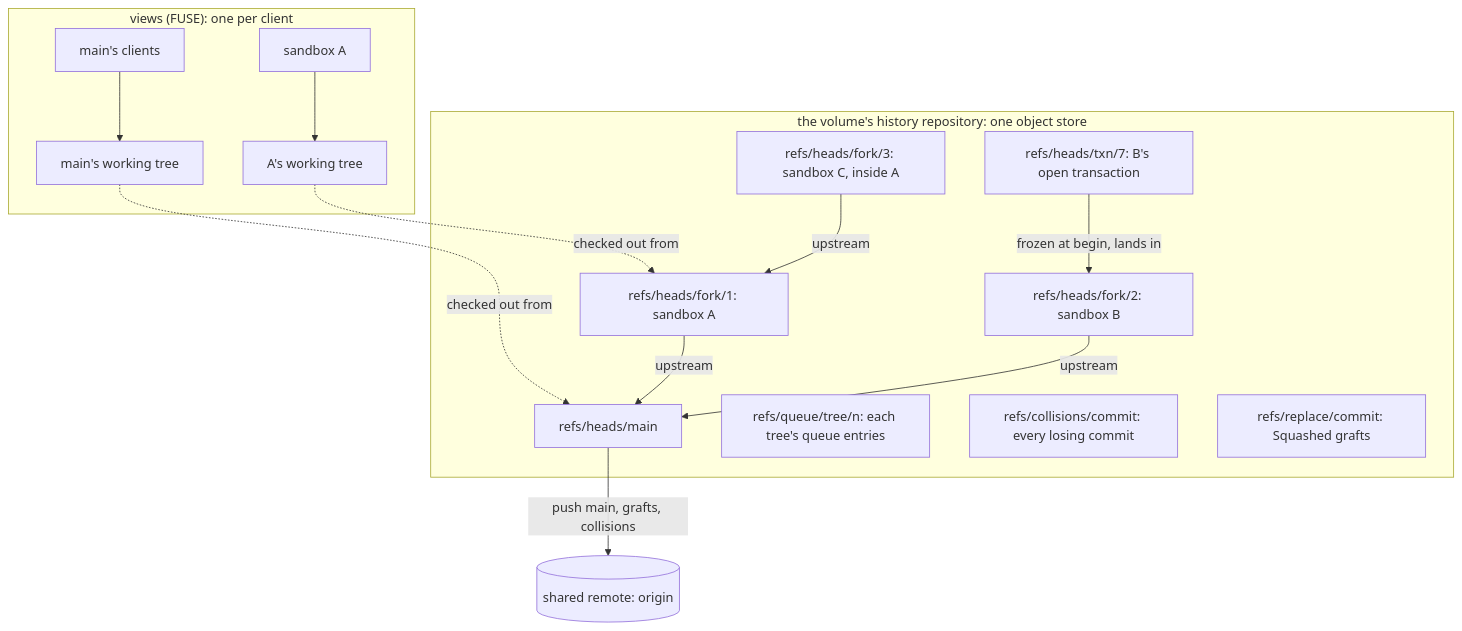
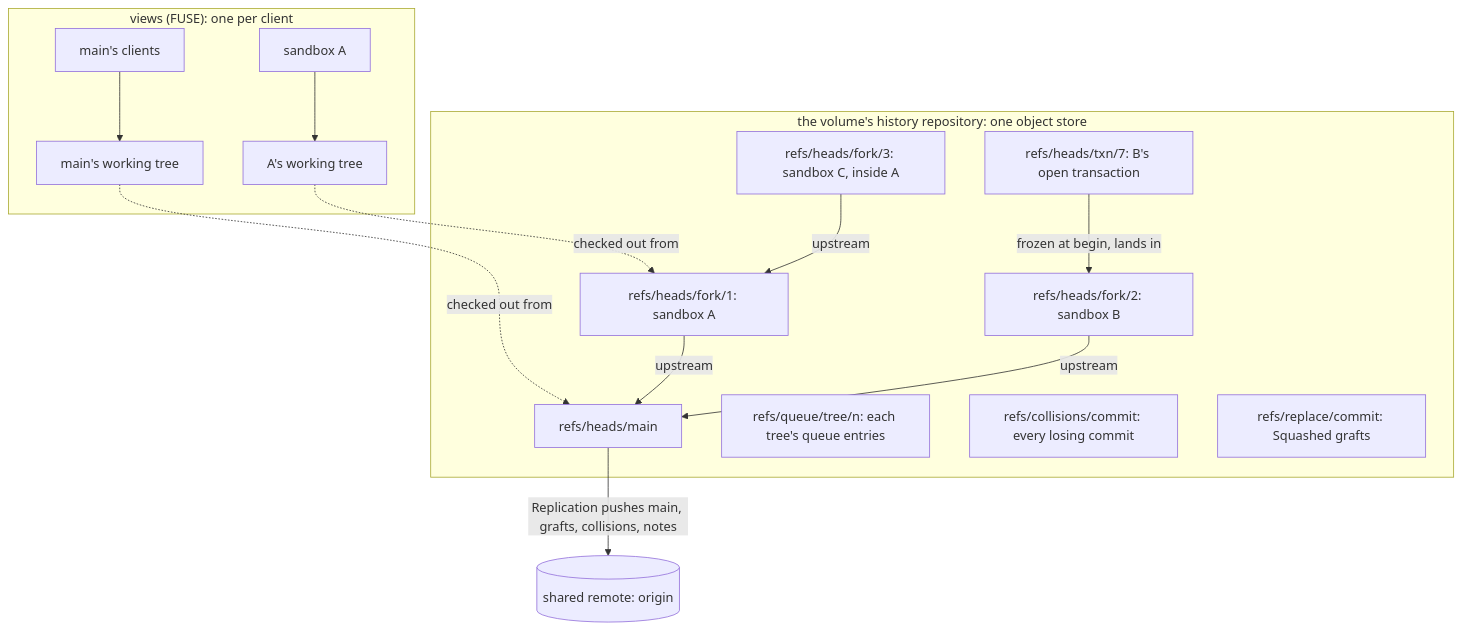
One commit to mcurcio/agentfs changed the first of 9 diagrams in docs/target-architecture/git-model.md. Above: the diagram before and after it, drawn with Mermaid. The commit also changed other lines of this file and 6 other files, not shown here.

````diff
--- a/docs/target-architecture/git-model.md
+++ b/docs/target-architecture/git-model.md
@@ -28,24 +31,24 @@
 ```mermaid
 flowchart TB
   subgraph R["the volume's history repository: one object store"]
     M["refs/heads/main"]
     F1["refs/heads/fork/1: sandbox A"]
     F2["refs/heads/fork/2: sandbox B"]
     F3["refs/heads/fork/3: sandbox C, inside A"]
     T7["refs/heads/txn/7: B's open transaction"]
     Q["refs/queue/tree/n: each tree's queue entries"]
     X["refs/collisions/commit: every losing commit"]
     G["refs/replace/commit: Squashed grafts"]
   end
   F1 -- "upstream" --> M
   F2 -- "upstream" --> M
   F3 -- "upstream" --> F1
   T7 -- "frozen at begin, lands in" --> F2
-  M -- "push main, grafts, collisions" --> O[("shared remote: origin")]
+  M -- "Replication pushes main, grafts, collisions, notes" --> O[("shared remote: origin")]
   subgraph V["views (FUSE): one per client"]
     VM["main's clients"] --> WM["main's working tree"]
     VA["sandbox A"] --> WA["A's working tree"]
   end
   WM -. "checked out from" .-> M
   WA -. "checked out from" .-> F1
 ```
````
